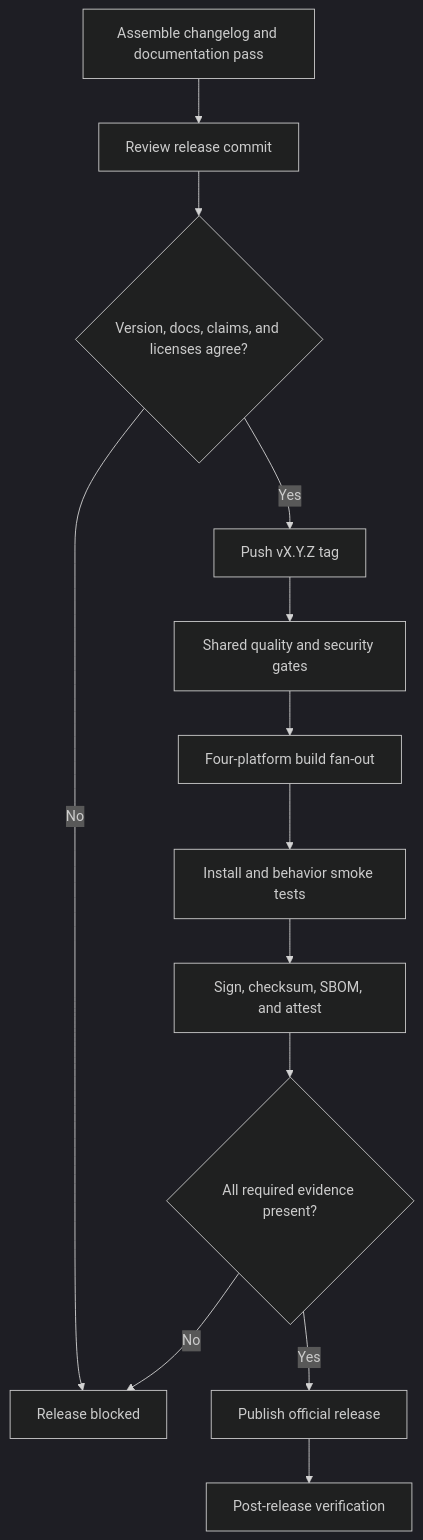
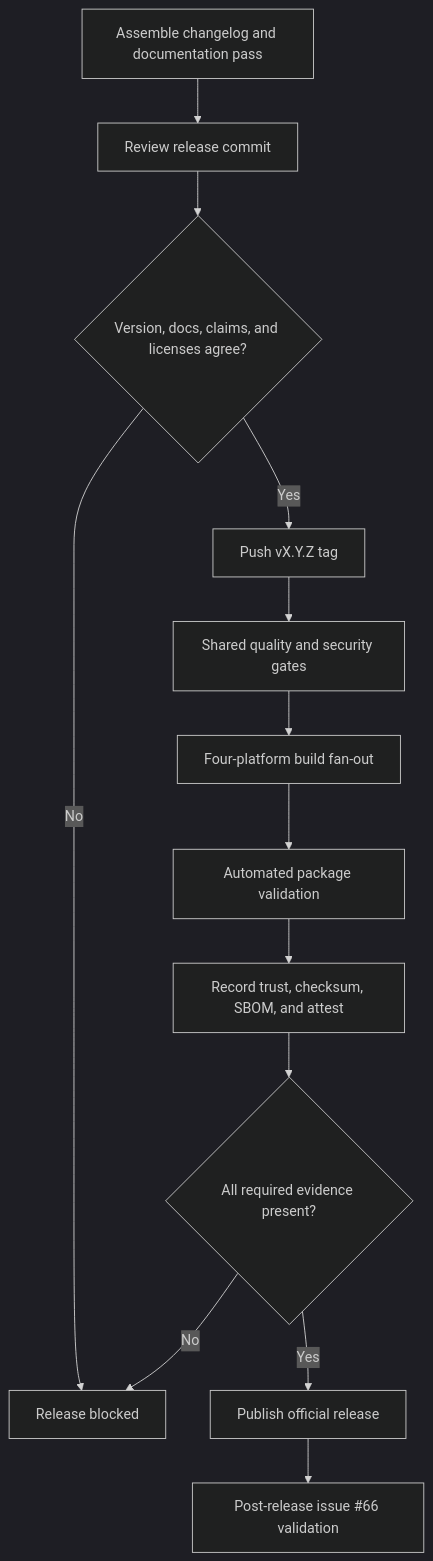
One commit to shruggietech/glitchpad changed the diagram in specs/002-v000-technical-specification/contracts/release-gates.md. Above: the diagram before and after it, drawn with Mermaid (dark theme). The commit also changed other lines of this file and 84 other files, not shown here.

````diff
--- a/specs/002-v000-technical-specification/contracts/release-gates.md
+++ b/specs/002-v000-technical-specification/contracts/release-gates.md
@@ -27,15 +29,15 @@
 ```mermaid
 flowchart TB
   prepare["Assemble changelog and documentation pass"] --> review["Review release commit"]
   review --> tagGate{"Version, docs, claims, and licenses agree?"}
   tagGate -->|No| blocked["Release blocked"]
   tagGate -->|Yes| tag["Push vX.Y.Z tag"]
   tag --> verify["Shared quality and security gates"]
   verify --> platform["Four-platform build fan-out"]
-  platform --> smoke["Install and behavior smoke tests"]
-  smoke --> supply["Sign, checksum, SBOM, and attest"]
+  platform --> package["Automated package validation"]
+  package --> supply["Record trust, checksum, SBOM, and attest"]
   supply --> join{"All required evidence present?"}
   join -->|No| blocked
   join -->|Yes| publish["Publish official release"]
-  publish --> post["Post-release verification"]
+  publish --> post["Post-release issue #66 validation"]
 ```
````
